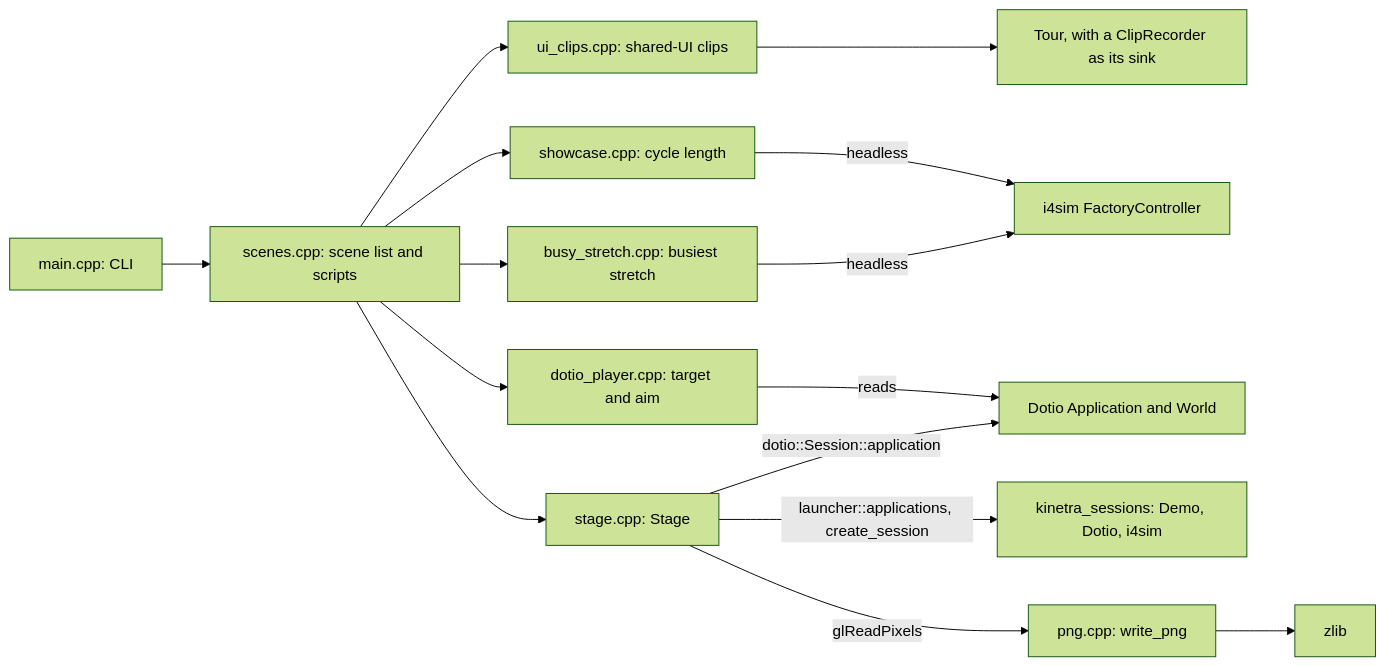
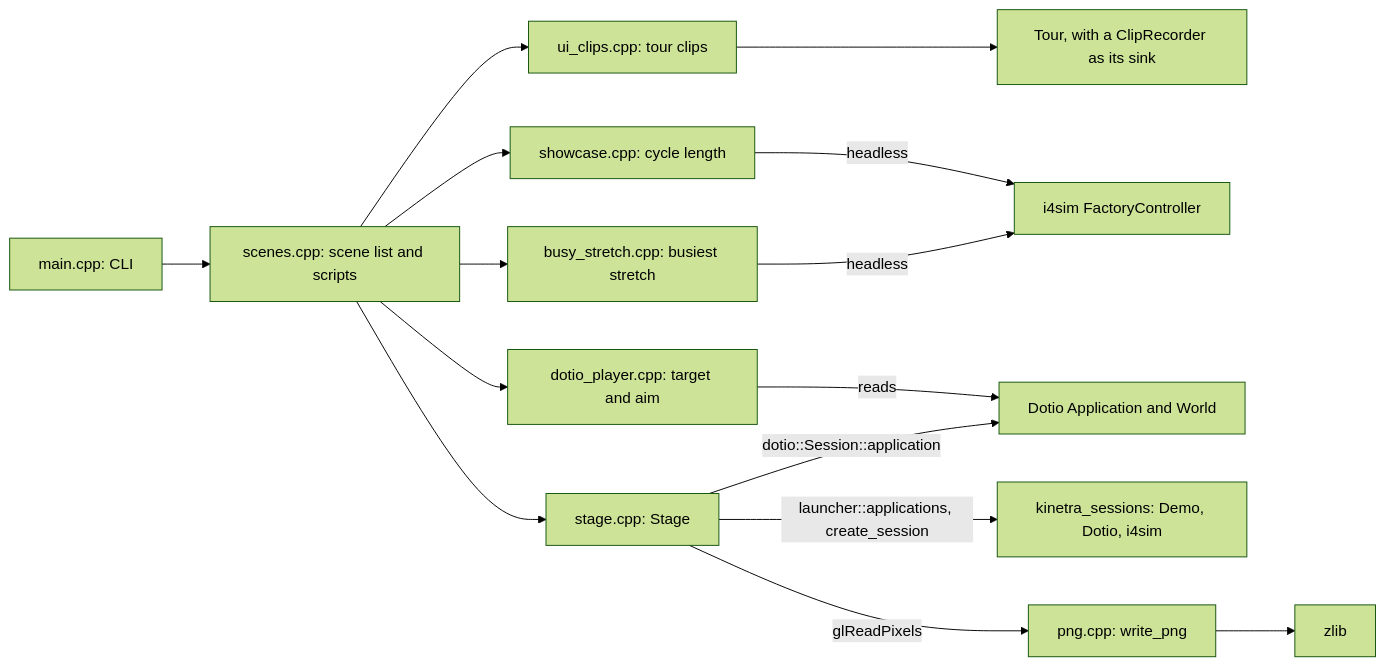
The first of 3 diagrams in tools/capture/README.md (SMB-M87/Kinetra-Lab), drawn with Mermaid (forest theme) before and after one commit. The commit also changed other lines of this file and 25 other files, not shown here.

````diff
--- a/tools/capture/README.md
+++ b/tools/capture/README.md
@@ -55,17 +55,17 @@
 ```mermaid
 flowchart LR
     Main[main.cpp: CLI] --> Scenes[scenes.cpp: scene list and scripts]
     Scenes --> Stage[stage.cpp: Stage]
     Scenes --> Showcase[showcase.cpp: cycle length]
     Scenes --> Busy[busy_stretch.cpp: busiest stretch]
     Scenes --> Player[dotio_player.cpp: target and aim]
-    Scenes --> Ui[ui_clips.cpp: shared-UI clips]
+    Scenes --> Ui[ui_clips.cpp: tour clips]
     Ui --> Tour[Tour, with a ClipRecorder as its sink]
     Showcase -->|headless| Controller[i4sim FactoryController]
     Busy -->|headless| Controller
     Player -->|reads| World[Dotio Application and World]
     Stage -->|launcher::applications, create_session| Sessions[kinetra_sessions: Demo, Dotio, i4sim]
     Stage -->|dotio::Session::application| World
     Stage -->|glReadPixels| Png[png.cpp: write_png]
     Png --> Zlib[zlib]
 ```
````
